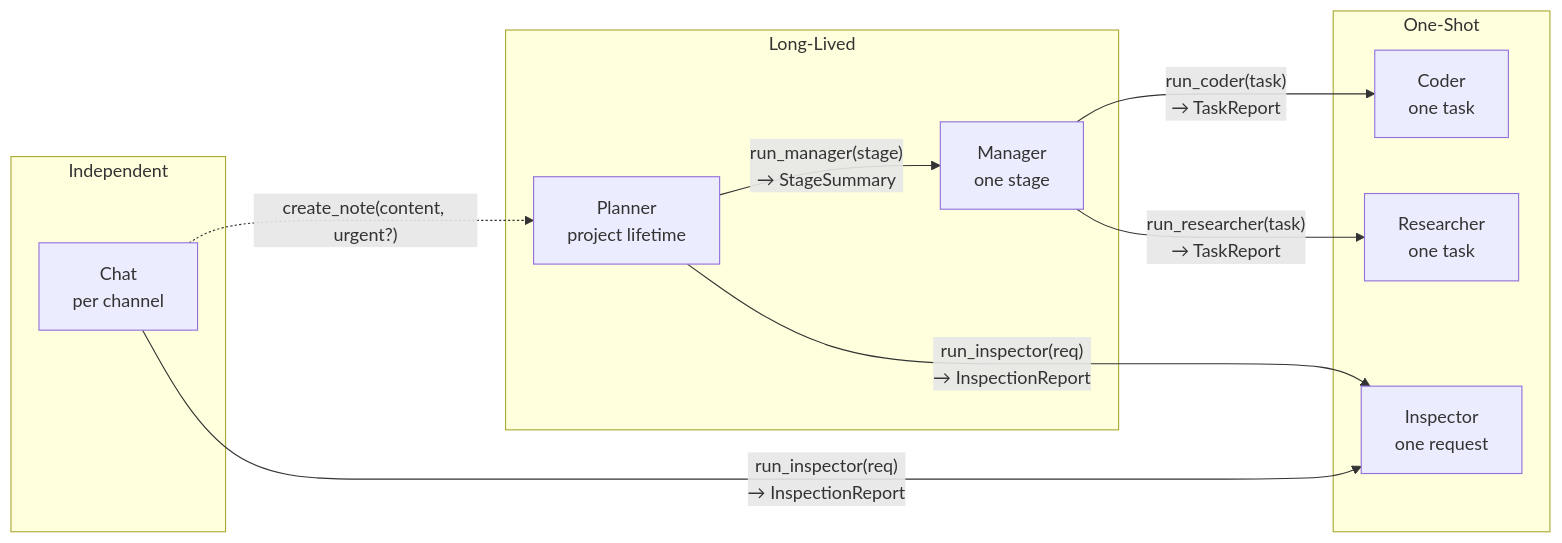
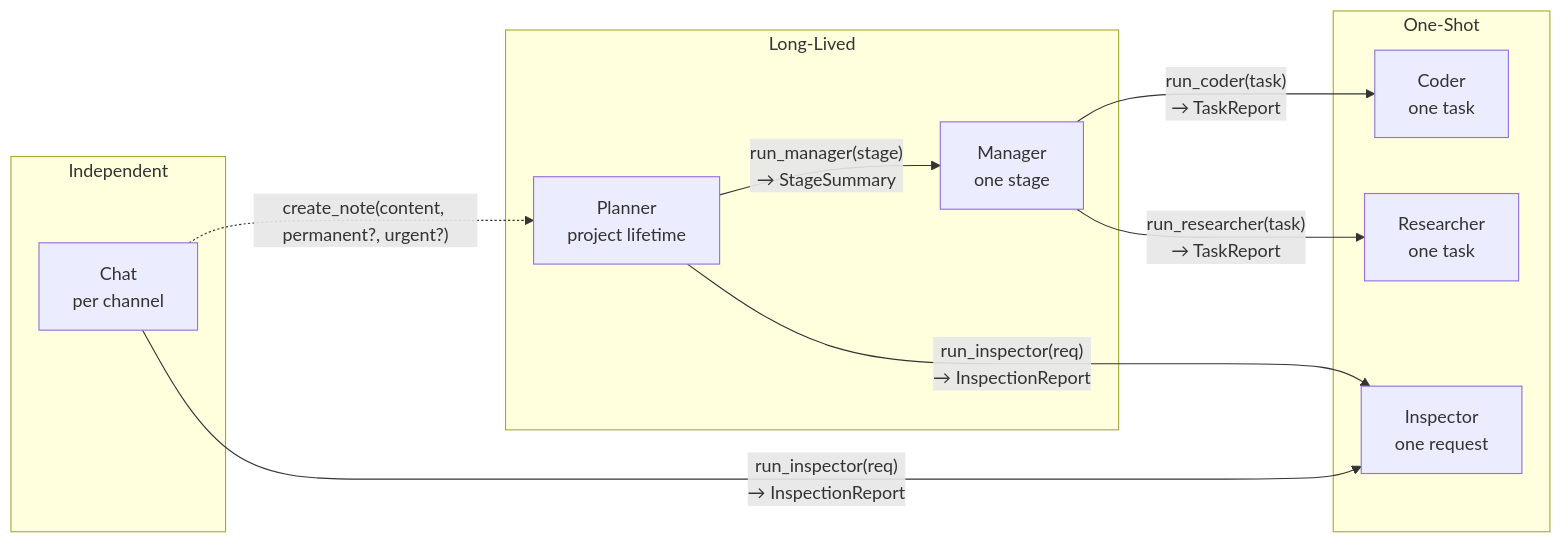
The second of 14 diagrams in SPEC/v2/06-SYSTEM-DESIGN.md (sfanapolo/saivage), drawn with Mermaid before and after one commit. The commit also changed other lines of this file and 4 other files, not shown here.

````diff
--- a/SPEC/v2/06-SYSTEM-DESIGN.md
+++ b/SPEC/v2/06-SYSTEM-DESIGN.md
@@ -128,22 +128,22 @@
 ```mermaid
 graph LR
     subgraph "Long-Lived"
         PL["Planner<br/>project lifetime"]
         MG["Manager<br/>one stage"]
     end
     subgraph "One-Shot"
         CD["Coder<br/>one task"]
         RS["Researcher<br/>one task"]
         IN["Inspector<br/>one request"]
     end
     subgraph "Independent"
         CH["Chat<br/>per channel"]
     end
 
     PL -->|"run_manager(stage)<br/>→ StageSummary"| MG
     PL -->|"run_inspector(req)<br/>→ InspectionReport"| IN
     MG -->|"run_coder(task)<br/>→ TaskReport"| CD
     MG -->|"run_researcher(task)<br/>→ TaskReport"| RS
     CH -->|"run_inspector(req)<br/>→ InspectionReport"| IN
-    CH -.->|"create_note(content, urgent?)"| PL
+    CH -.->|"create_note(content, permanent?, urgent?)"| PL
 ```
````
